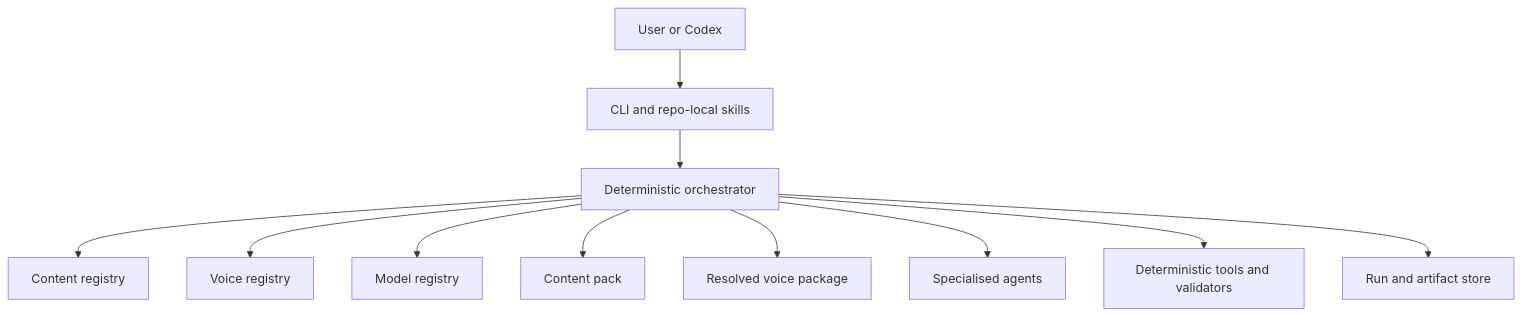
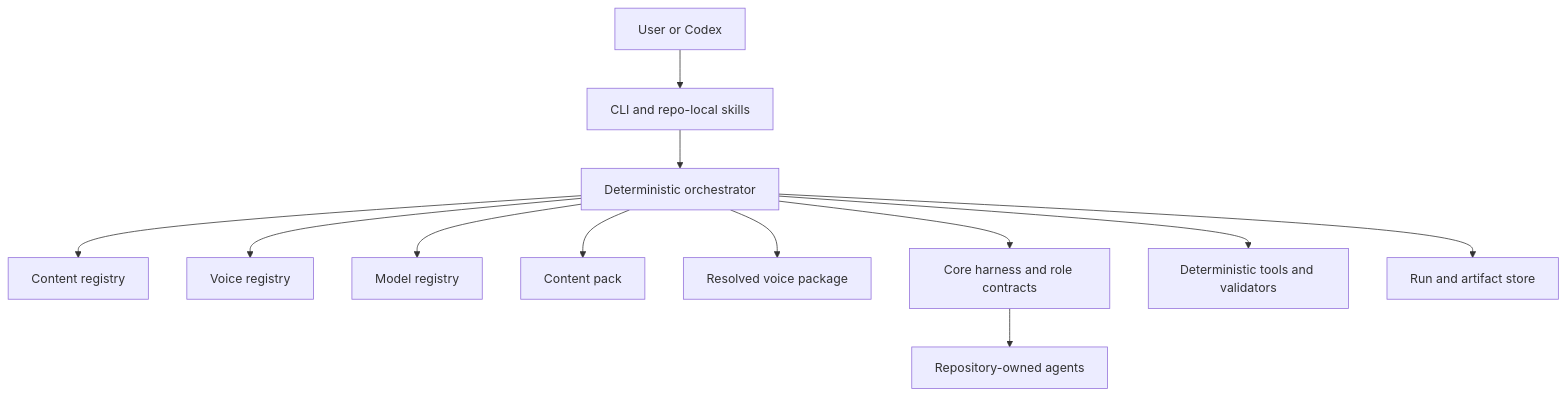
One commit to vadhoob90/Content_Creator_Core changed the first of 2 diagrams in docs/work-package/architecture.md. Above: the diagram before and after it, drawn with Mermaid. The commit also changed other lines of this file and 62 other files, not shown here.

Commit message:
Release repository-owned agent architecture v0.3.0

````diff
--- a/docs/work-package/architecture.md
+++ b/docs/work-package/architecture.md
@@ -5,13 +5,14 @@
 ```mermaid
 flowchart TD
     U["User or Codex"] --> CLI["CLI and repo-local skills"]
     CLI --> O["Deterministic orchestrator"]
     O --> CR["Content registry"]
     O --> VR["Voice registry"]
     O --> MR["Model registry"]
     O --> P["Content pack"]
     O --> V["Resolved voice package"]
-    O --> A["Specialised agents"]
+    O --> H["Core harness and role contracts"]
+    H --> A["Repository-owned agents"]
     O --> D["Deterministic tools and validators"]
     O --> S["Run and artifact store"]
 ```
````
